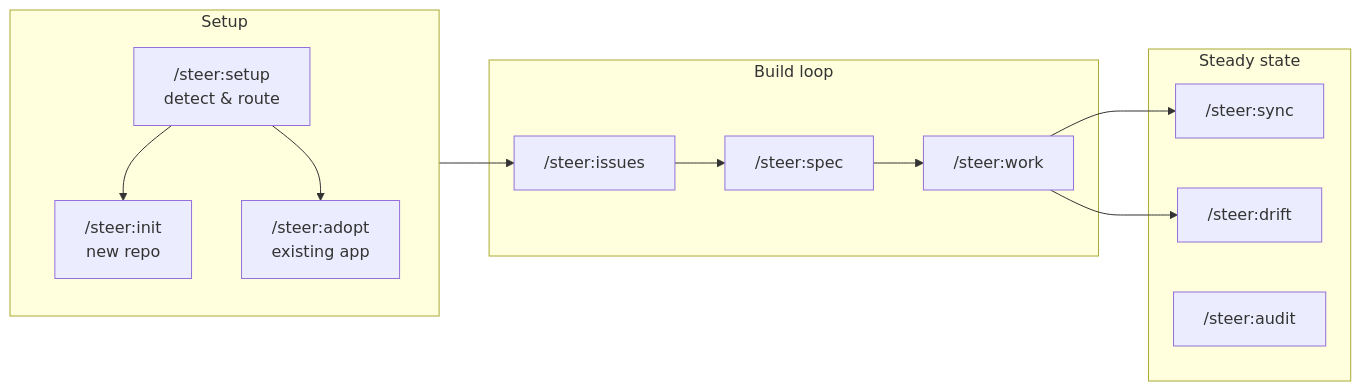
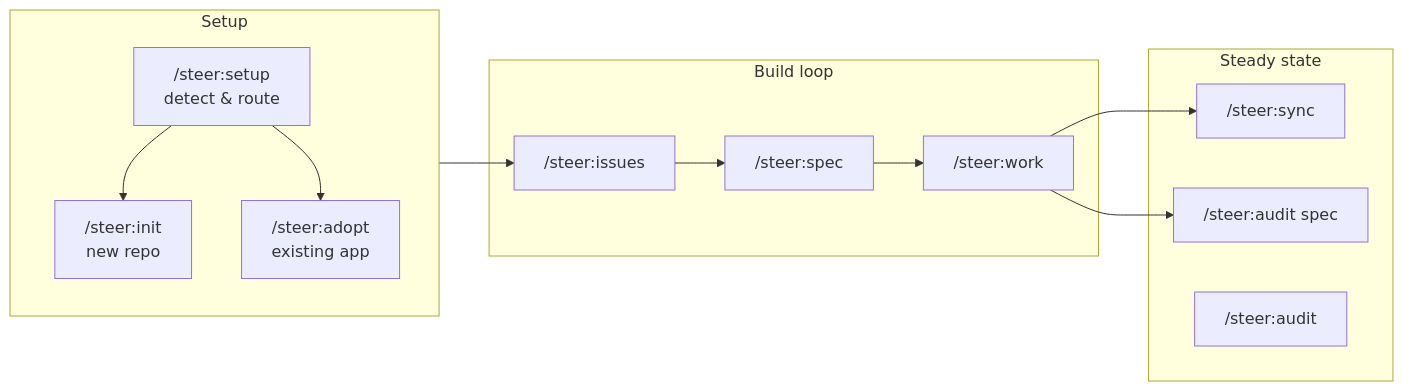
The diagram in docs/workflows/index.md (element22llc/e22-plugins), drawn with Mermaid before and after one commit. The commit also changed other lines of this file and 37 other files, not shown here.

First line of the commit message:
feat(audit)!: merge drift into /steer:audit as [code|spec|all] modes (#185)

````diff
--- a/docs/workflows/index.md
+++ b/docs/workflows/index.md
@@ -18,21 +18,21 @@
 ```mermaid
 flowchart LR
     subgraph Setup
       setup["/steer:setup<br/>detect & route"]
       init["/steer:init<br/>new repo"]
       adopt["/steer:adopt<br/>existing app"]
       setup --> init & adopt
     end
     subgraph Build loop
       issues["/steer:issues"]
       spec["/steer:spec"]
       work["/steer:work"]
     end
     subgraph Steady state
       sync["/steer:sync"]
-      drift["/steer:drift"]
+      drift["/steer:audit spec"]
       audit["/steer:audit"]
     end
     Setup --> issues --> spec --> work --> drift
     work --> sync
 ```
````
